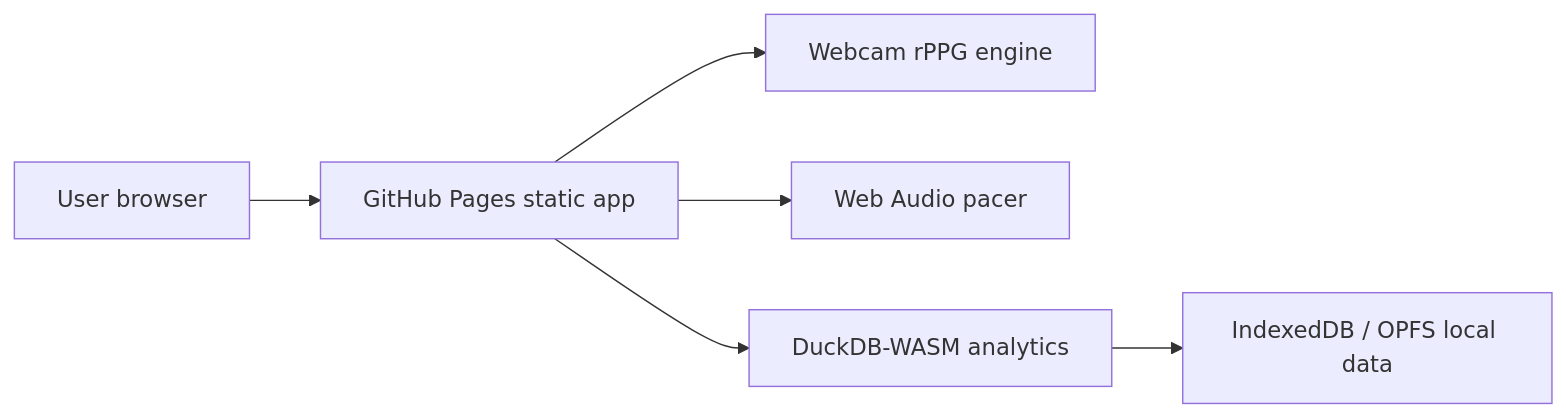
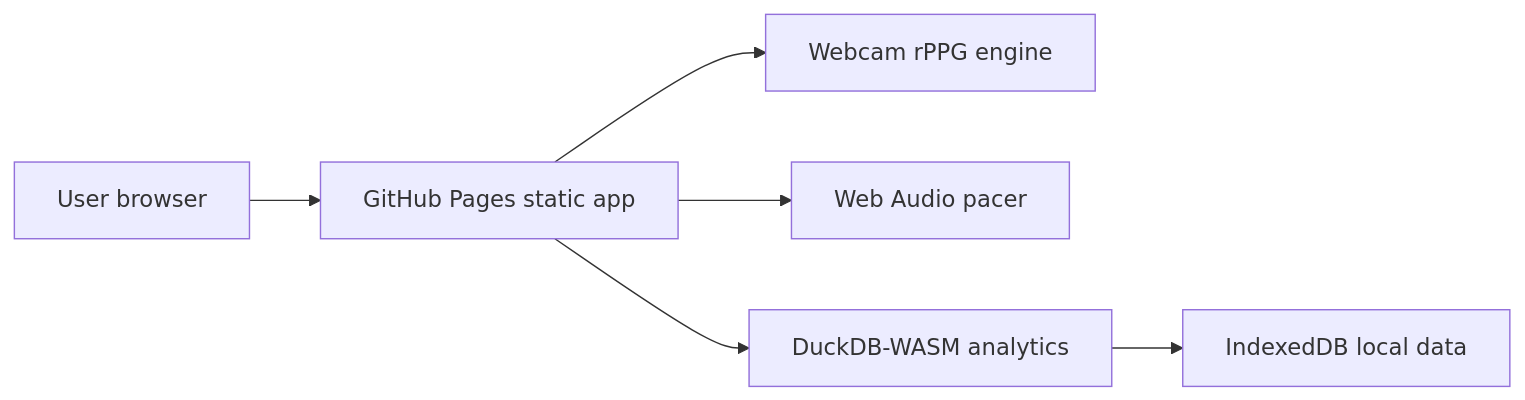
Before and after one commit to baditaflorin/vagus-reset-coach: the diagram in README.md, drawn with Mermaid. The commit also changed other lines of this file and 16 other files, not shown here.

````diff
--- a/README.md
+++ b/README.md
@@ -31,8 +39,8 @@
 ```mermaid
 flowchart LR
   U["User browser"] --> P["GitHub Pages static app"]
   P --> C["Webcam rPPG engine"]
   P --> A["Web Audio pacer"]
   P --> D["DuckDB-WASM analytics"]
-  D --> S["IndexedDB / OPFS local data"]
+  D --> S["IndexedDB local data"]
 ```
````
